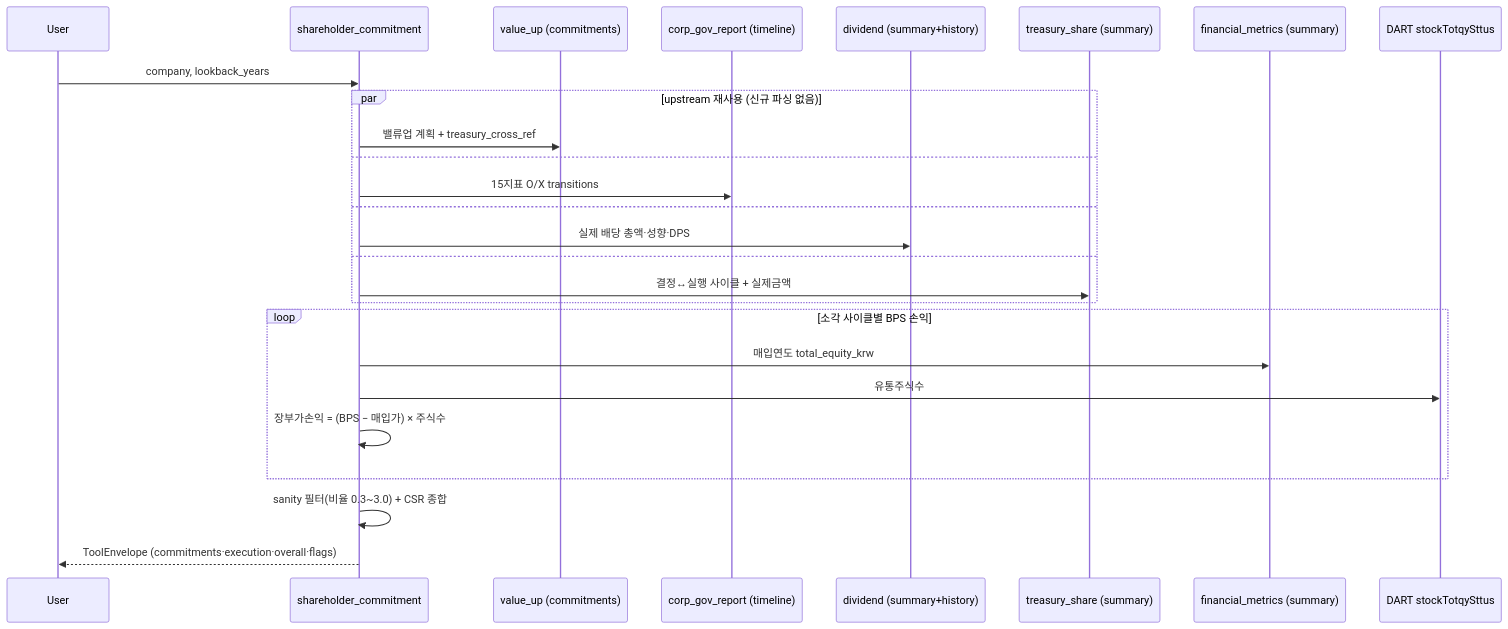
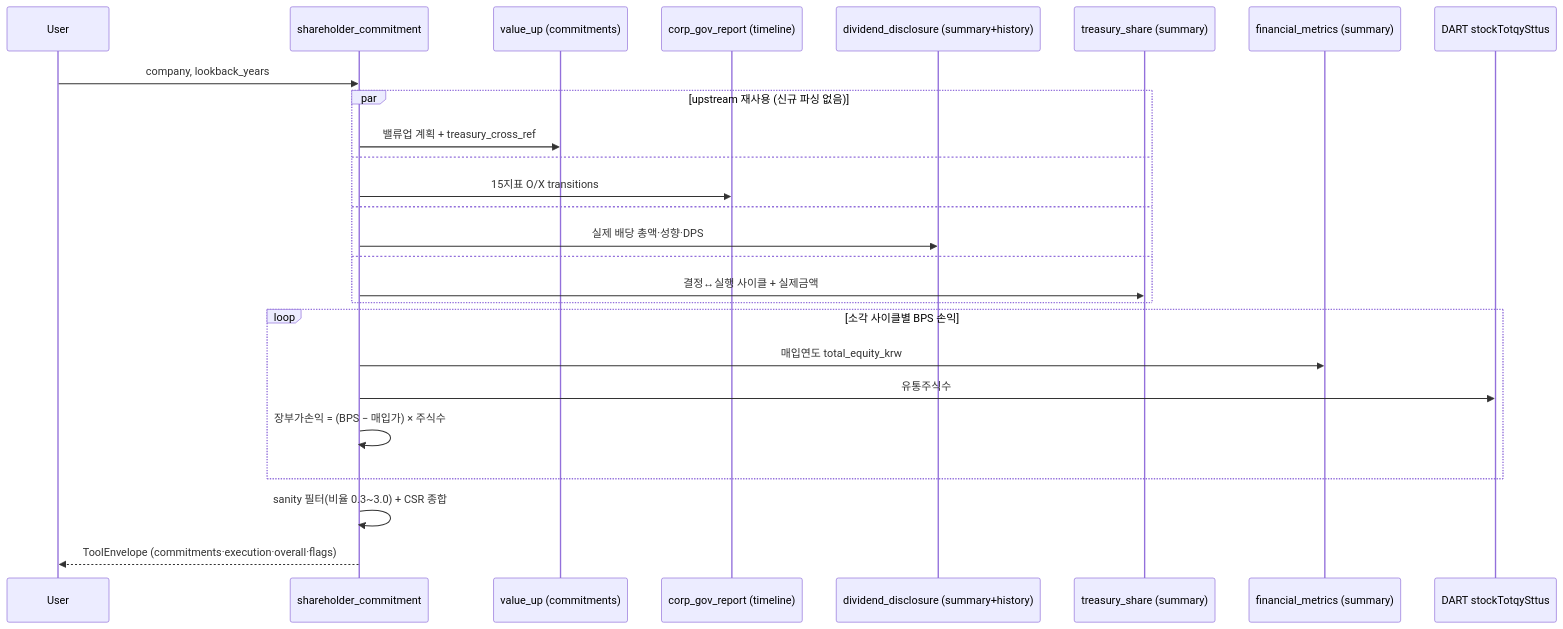
The diagram in wiki/tools/shareholder_commitment.md (MarcoYou/open-proxy-mcp), drawn with Mermaid before and after one commit. The commit also changed other lines of this file and 22 other files, not shown here.

````diff
--- a/wiki/tools/shareholder_commitment.md
+++ b/wiki/tools/shareholder_commitment.md
@@ -39,28 +39,28 @@
 ```mermaid
 sequenceDiagram
     participant U as User
     participant T as shareholder_commitment
     participant V as value_up (commitments)
     participant G as corp_gov_report (timeline)
-    participant D as dividend (summary+history)
+    participant D as dividend_disclosure (summary+history)
     participant TS as treasury_share (summary)
     participant F as financial_metrics (summary)
     participant S as DART stockTotqySttus
     U->>T: company, lookback_years
     par upstream 재사용 (신규 파싱 없음)
         T->>V: 밸류업 계획 + treasury_cross_ref
     and
         T->>G: 15지표 O/X transitions
     and
         T->>D: 실제 배당 총액·성향·DPS
     and
         T->>TS: 결정↔실행 사이클 + 실제금액
     end
     loop 소각 사이클별 BPS 손익
         T->>F: 매입연도 total_equity_krw
         T->>S: 유통주식수
         T->>T: 장부가손익 = (BPS − 매입가) × 주식수
     end
     T->>T: sanity 필터(비율 0.3~3.0) + CSR 종합
     T-->>U: ToolEnvelope (commitments·execution·overall·flags)
 ```
````
